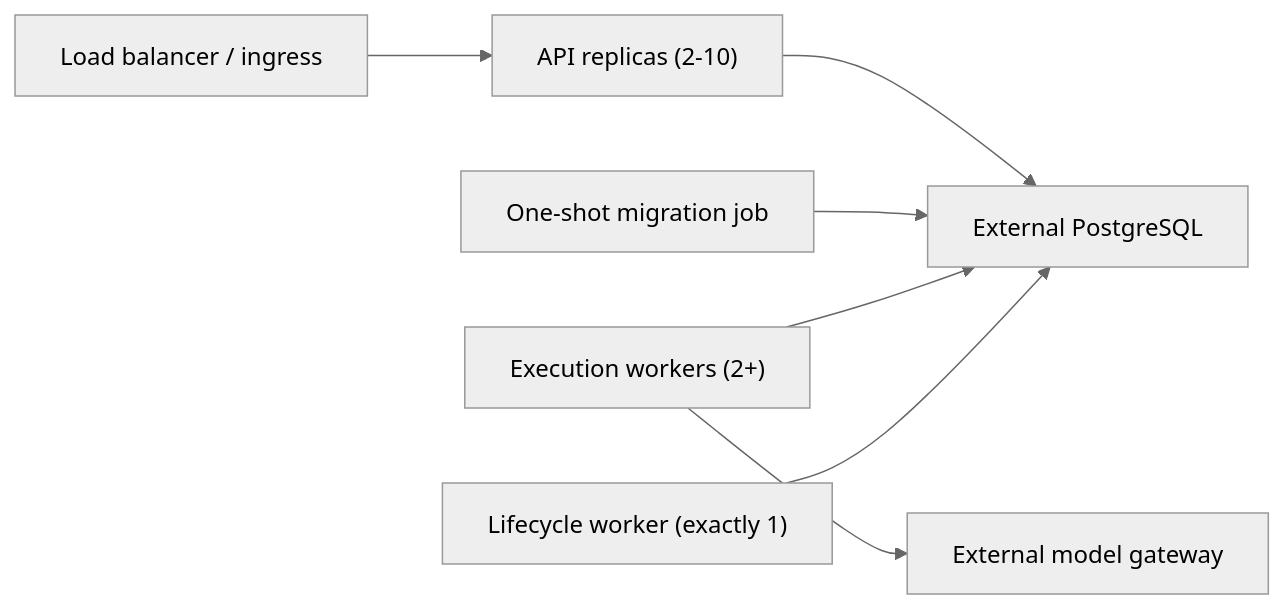
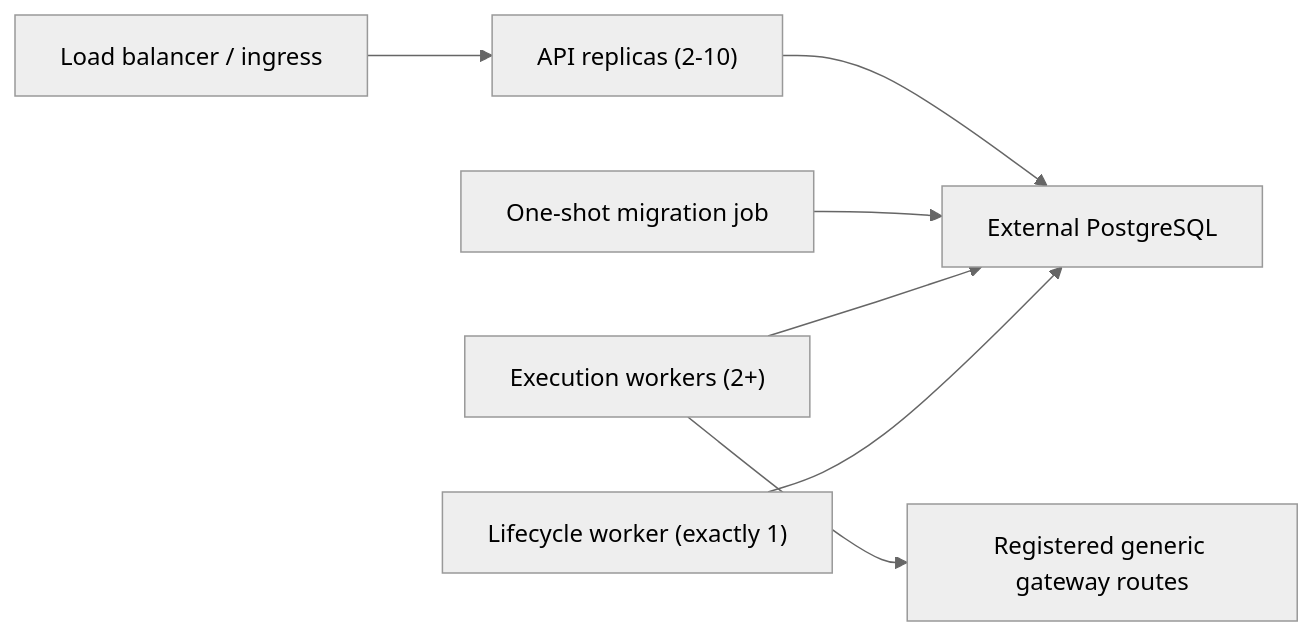
One commit to lazineziri/iRoute changed diagram 16 of 17 in docs/architecture.md. Above: the diagram before and after it, drawn with Mermaid (neutral theme). The commit also changed other lines of this file and 58 other files, not shown here.

````diff
--- a/docs/architecture.md
+++ b/docs/architecture.md
@@ -279,9 +298,9 @@
 ```mermaid
 flowchart LR
     L["Load balancer / ingress"] --> A["API replicas (2-10)"]
     A --> P["External PostgreSQL"]
     M["One-shot migration job"] --> P
     E["Execution workers (2+)"] --> P
     W["Lifecycle worker (exactly 1)"] --> P
-    E --> G["External model gateway"]
+    E --> G["Registered generic gateway routes"]
 ```
````
